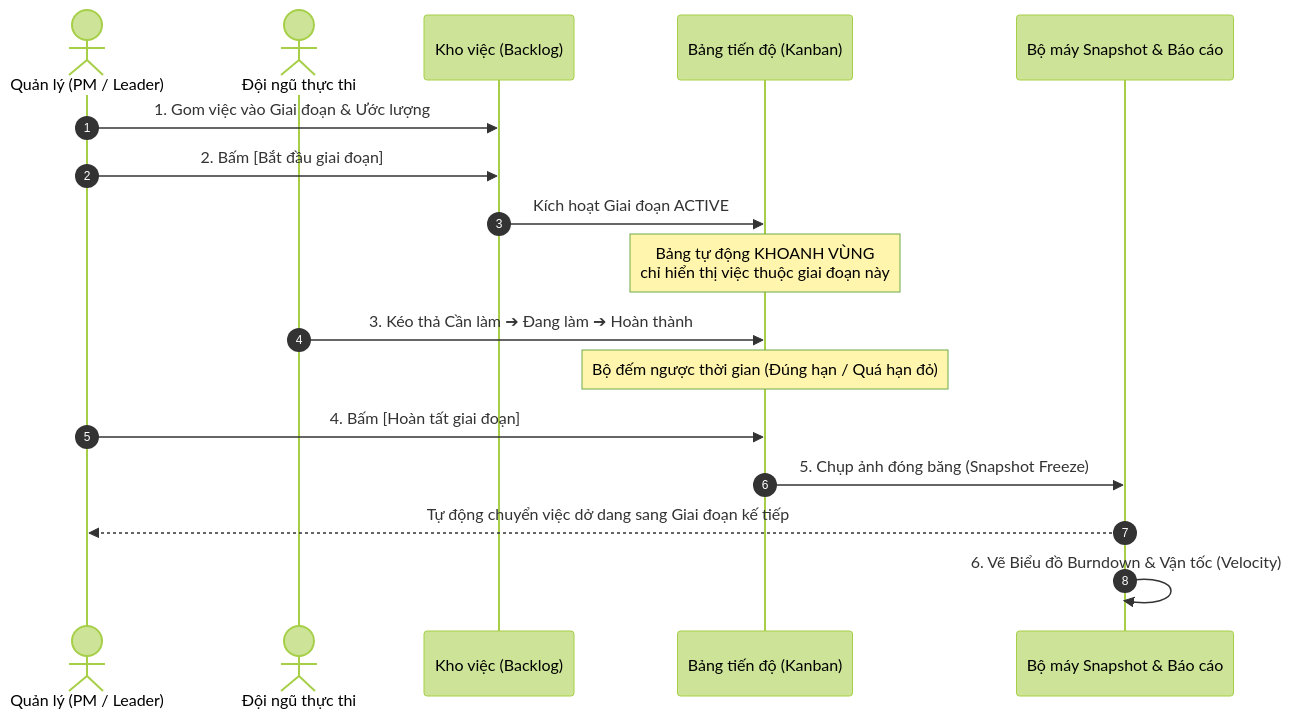
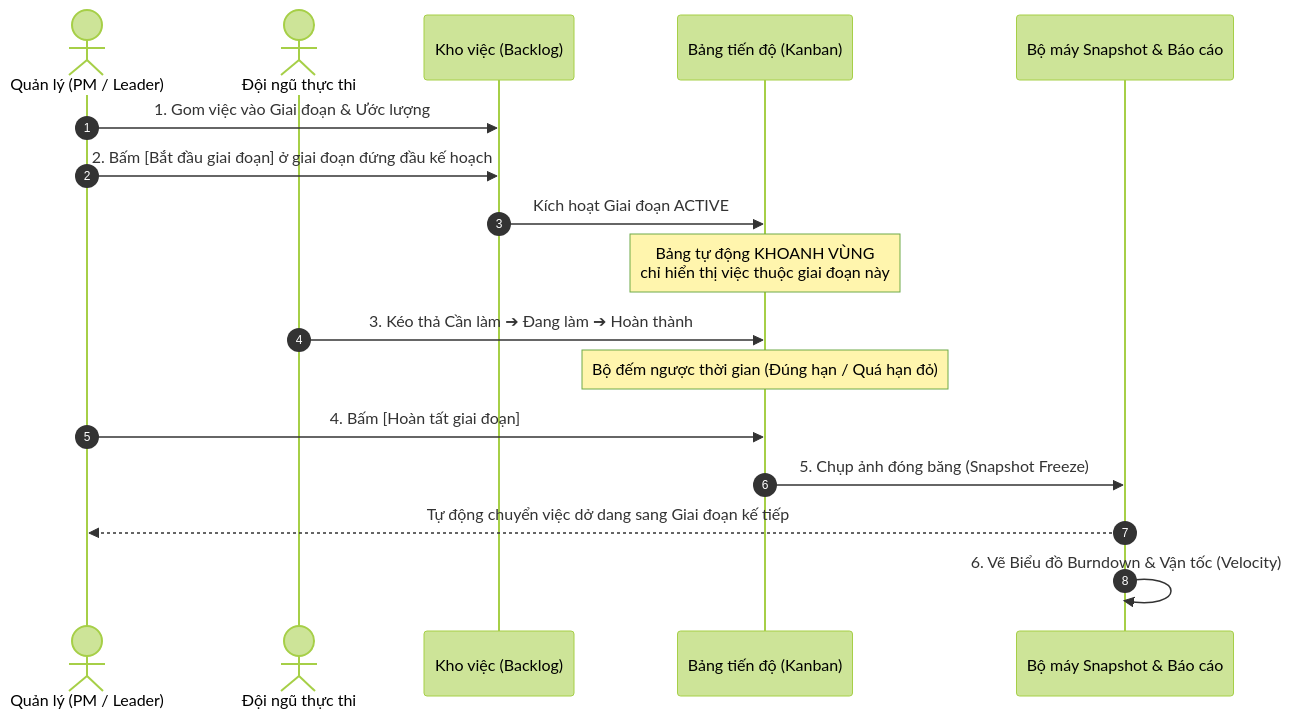
One commit to Hecker-Chuoi/DATN-2026 changed the second of 2 diagrams in docs/services/work_service/type_project/DAC_TA_CAC_MO_HINH_DU_AN.md. Above: the diagram before and after it, drawn with Mermaid (forest theme). The commit also changed other lines of this file and 6 other files, not shown here.

First line of the commit message:
docs(work-service): bổ sung quy tắc bắt đầu giai đoạn lần lượt (BR-S15)

````diff
--- a/docs/services/work_service/type_project/DAC_TA_CAC_MO_HINH_DU_AN.md
+++ b/docs/services/work_service/type_project/DAC_TA_CAC_MO_HINH_DU_AN.md
@@ -61,20 +64,20 @@
 ```mermaid
 sequenceDiagram
     autonumber
     actor PM as Quản lý (PM / Leader)
     actor Team as Đội ngũ thực thi
     participant BL as Kho việc (Backlog)
     participant Board as Bảng tiến độ (Kanban)
     participant Engine as Bộ máy Snapshot & Báo cáo
 
     PM->>BL: 1. Gom việc vào Giai đoạn & Ước lượng
-    PM->>BL: 2. Bấm [Bắt đầu giai đoạn]
+    PM->>BL: 2. Bấm [Bắt đầu giai đoạn] ở giai đoạn đứng đầu kế hoạch
     BL->>Board: Kích hoạt Giai đoạn ACTIVE
     Note over Board: Bảng tự động KHOANH VÙNG<br/>chỉ hiển thị việc thuộc giai đoạn này
     Team->>Board: 3. Kéo thả Cần làm ➔ Đang làm ➔ Hoàn thành
     Note over Board: Bộ đếm ngược thời gian (Đúng hạn / Quá hạn đỏ)
     PM->>Board: 4. Bấm [Hoàn tất giai đoạn]
     Board->>Engine: 5. Chụp ảnh đóng băng (Snapshot Freeze)
     Engine-->>PM: Tự động chuyển việc dở dang sang Giai đoạn kế tiếp
     Engine->>Engine: 6. Vẽ Biểu đồ Burndown & Vận tốc (Velocity)
 ```
````
